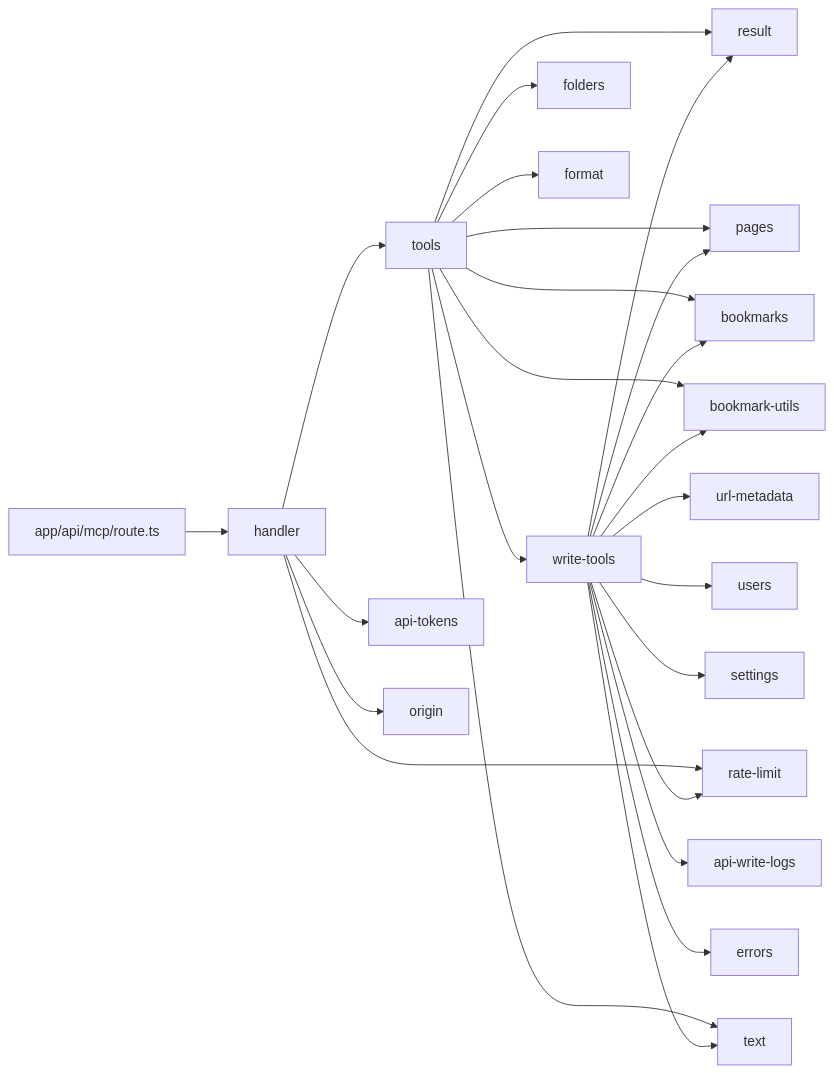
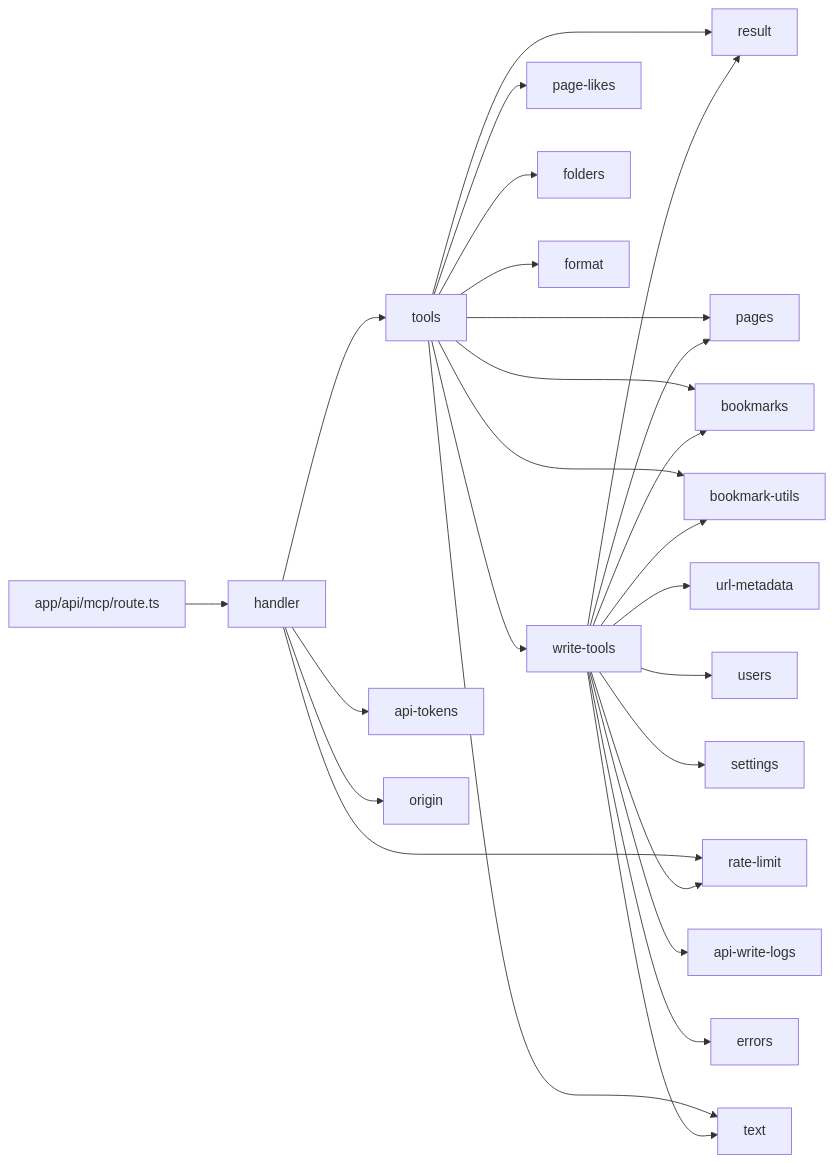
Before and after one commit to jobjohn/test-wiki: the third of 3 diagrams in docs/module-structure.md, drawn with Mermaid. The commit also changed other lines of this file and 13 other files, not shown here.

First line of the commit message:
feat(pages): add いいね! button with per-user likes

````diff
--- a/docs/module-structure.md
+++ b/docs/module-structure.md
@@ -125,10 +128,10 @@
 ```mermaid
 flowchart LR
   route["app/api/mcp/route.ts"] --> handler
   handler --> tools
   handler --> api-tokens & origin & rate-limit
   tools --> result & write-tools
-  tools --> pages & folders & bookmarks & bookmark-utils & format & text
+  tools --> pages & page-likes & folders & bookmarks & bookmark-utils & format & text
   write-tools --> result
   write-tools --> pages & bookmarks & bookmark-utils & url-metadata & users & settings & rate-limit & api-write-logs & errors & text
 ```
````
